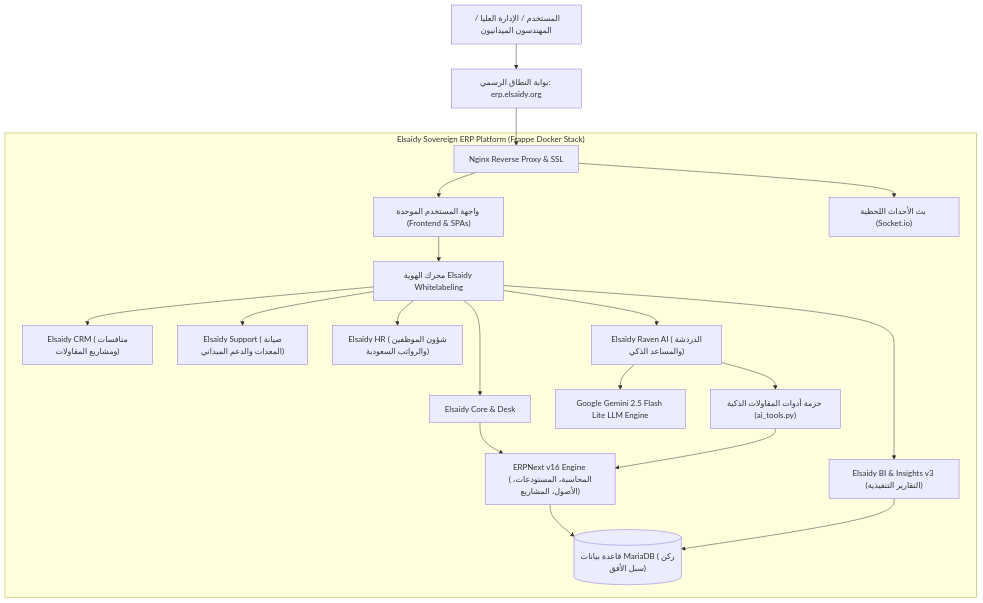
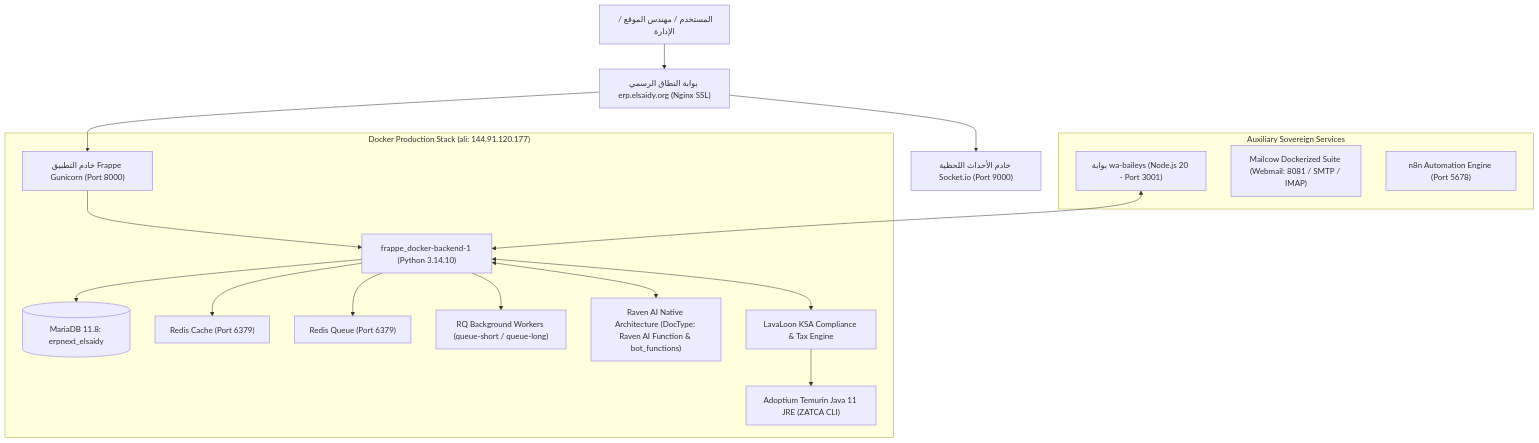
One commit to AliAhmedElseidy/hagag-erp changed the diagram in README.md. Above: the diagram before and after it, drawn with Mermaid. The commit also changed other lines of this file and 12 other files, not shown here.

Commit message:
release: reconcile ZATCA Phase 2 (PR #4), Raven Native Architecture (PR #6), WhatsApp Security & Master Acceptance Suite (v16.0.0-rc1)

````diff
--- a/README.md
+++ b/README.md
@@ -58,26 +65,24 @@
 ```mermaid
 graph TD
-    User["المستخدم / الإدارة العليا / المهندسون الميدانيون"] --> Gateway["بوابة النطاق الرسمي: erp.elsaidy.org"]
-    Gateway --> Nginx["Nginx Reverse Proxy & SSL"]
+    User["المستخدم / مهندس الموقع / الإدارة"] --> Nginx["بوابة النطاق الرسمي erp.elsaidy.org (Nginx SSL)"]
+    Nginx --> Gunicorn["خادم التطبيق Frappe Gunicorn (Port 8000)"]
+    Nginx --> SocketIO["خادم الأحداث اللحظية Socket.io (Port 9000)"]
     
-    subgraph "Elsaidy Sovereign ERP Platform (Frappe Docker Stack)"
-        Nginx --> Frontend["واجهة المستخدم الموحدة (Frontend & SPAs)"]
-        Nginx --> WebSocket["بث الأحداث اللحظية (Socket.io)"]
+    subgraph "Docker Production Stack (ali: 144.91.120.177)"
+        Gunicorn --> Backend["frappe_docker-backend-1 (Python 3.14.10)"]
+        Backend --> DB[("MariaDB 11.8: erpnext_elsaidy")]
+        Backend --> RedisCache["Redis Cache (Port 6379)"]
+        Backend --> RedisQueue["Redis Queue (Port 6379)"]
+        Backend --> Workers["RQ Background Workers (queue-short / queue-long)"]
         
-        Frontend --> Whitelabel["محرك الهوية Elsaidy Whitelabeling"]
-        Whitelabel --> Desk["Elsaidy Core & Desk"]
-        Whitelabel --> CRM["Elsaidy CRM (منافسات ومشاريع المقاولات)"]
-        Whitelabel --> HD["Elsaidy Support (صيانة المعدات والدعم الميداني)"]
-        Whitelabel --> HR["Elsaidy HR (شؤون الموظفين والرواتب السعودية)"]
-        Whitelabel --> BI["Elsaidy BI & Insights v3 (التقارير التنفيذية)"]
-        Whitelabel --> Raven["Elsaidy Raven AI (الدردشة والمساعد الذكي)"]
-        
-        Raven --> Gemini["Google Gemini 2.5 Flash Lite LLM Engine"]
-        Raven --> Tools["حزمة أدوات المقاولات الذكية (ai_tools.py)"]
-        
-        Desk --> ERPNext["ERPNext v16 Engine (المحاسبة، المستودعات، الأصول، المشاريع)"]
-        ERPNext --> DB[("قاعدة بيانات MariaDB (ركن سبل الأفق)")]
-        BI --> DB
-        Tools --> ERPNext
+        Backend <--> RavenNative["Raven AI Native Architecture (DocType: Raven AI Function & bot_functions)"]
+        Backend <--> ZatcaEngine["LavaLoon KSA Compliance & Tax Engine"]
+        ZatcaEngine --> JavaJRE["Adoptium Temurin Java 11 JRE (ZATCA CLI)"]
+    end
+    
+    subgraph "Auxiliary Sovereign Services"
+        WhatsApp["بوابة wa-baileys (Node.js 20 - Port 3001)"] <--> Backend
+        Mailcow["Mailcow Dockerized Suite (Webmail: 8081 / SMTP / IMAP)"]
+        n8n["n8n Automation Engine (Port 5678)"]
     end
 ```
````
